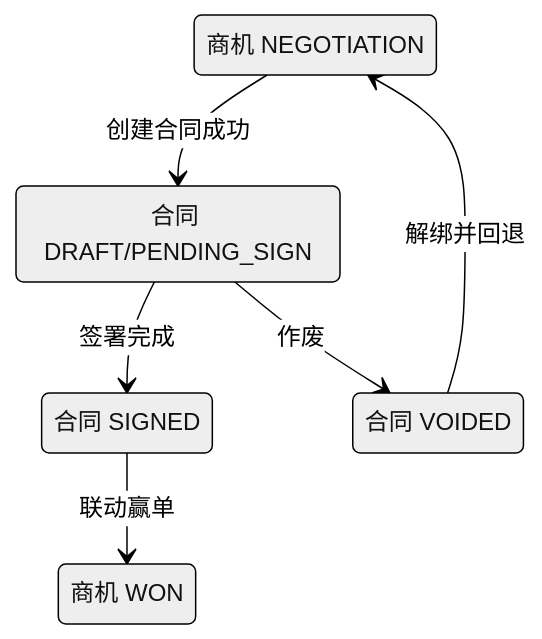
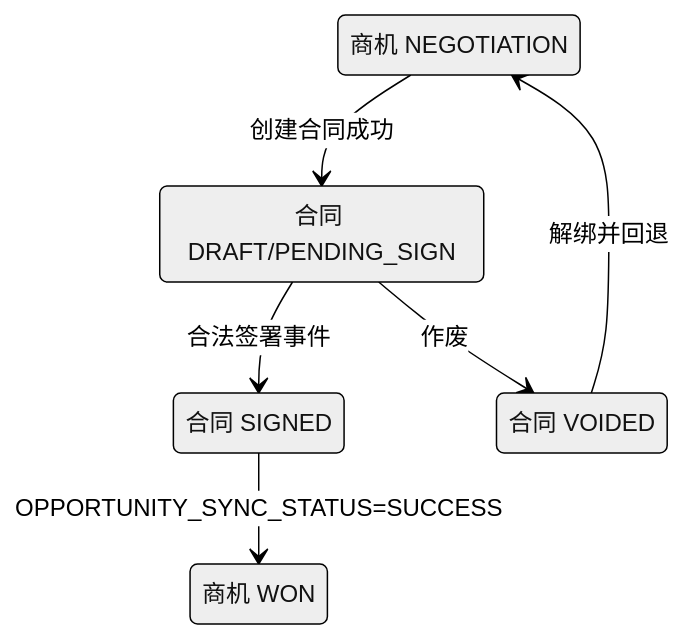
The third of 3 diagrams in prd-docs/合同管理/合同主PRD.md (lophyJessica/forge-crm), drawn with Mermaid (neutral theme) before and after one commit. The commit also changed other lines of this file and 42 other files, not shown here.

````diff
--- a/prd-docs/合同管理/合同主PRD.md
+++ b/prd-docs/合同管理/合同主PRD.md
@@ -234,13 +312,13 @@
 ```mermaid
 stateDiagram-v2
     state "商机 NEGOTIATION" as NEG
     state "合同 DRAFT/PENDING_SIGN" as ACTIVE_CONTRACT
     state "合同 SIGNED" as SIGNED_CONTRACT
     state "商机 WON" as WON_OPP
     state "合同 VOIDED" as VOIDED_CONTRACT
     NEG --> ACTIVE_CONTRACT : 创建合同成功
-    ACTIVE_CONTRACT --> SIGNED_CONTRACT : 签署完成
-    SIGNED_CONTRACT --> WON_OPP : 联动赢单
+    ACTIVE_CONTRACT --> SIGNED_CONTRACT : 合法签署事件
+    SIGNED_CONTRACT --> WON_OPP : OPPORTUNITY_SYNC_STATUS=SUCCESS
     ACTIVE_CONTRACT --> VOIDED_CONTRACT : 作废
     VOIDED_CONTRACT --> NEG : 解绑并回退
 ```
````
